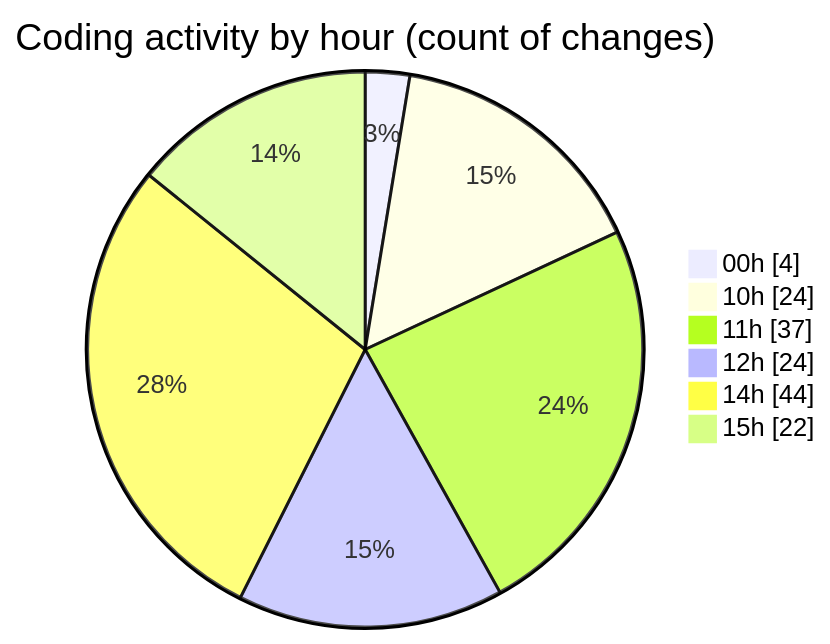
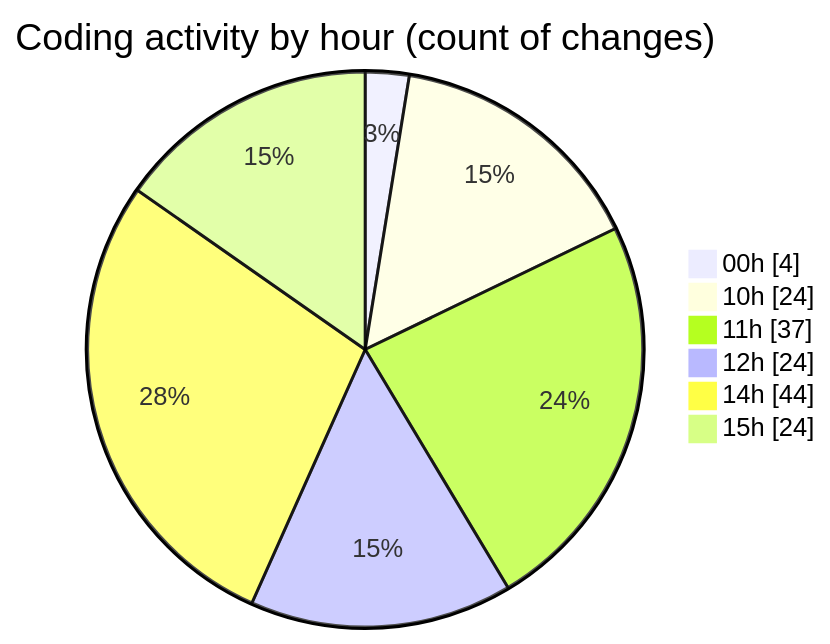
Before and after one commit to Netris89/code-tracking: the second of 2 diagrams in 2025-04-04/back-end/README.md, drawn with Mermaid. The commit also changed other lines of this file and 1 other file, not shown here.

````diff
--- a/2025-04-04/back-end/README.md
+++ b/2025-04-04/back-end/README.md
@@ -47,10 +47,10 @@
 ```mermaid
 pie showData
 title Coding activity by hour (count of changes)
 "00h" : 4
 "10h" : 24
 "11h" : 37
 "12h" : 24
 "14h" : 44
-"15h" : 22
+"15h" : 24
 ```
````
